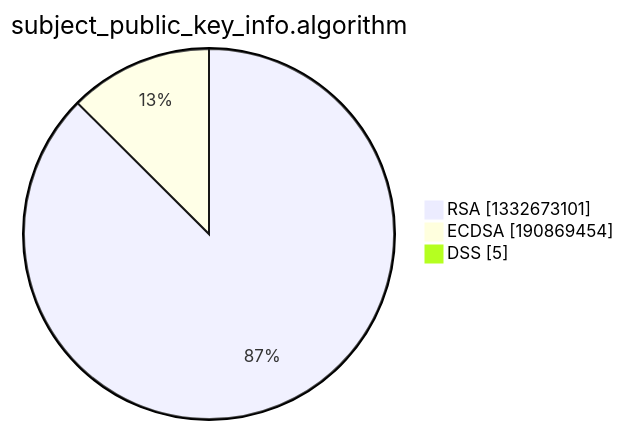
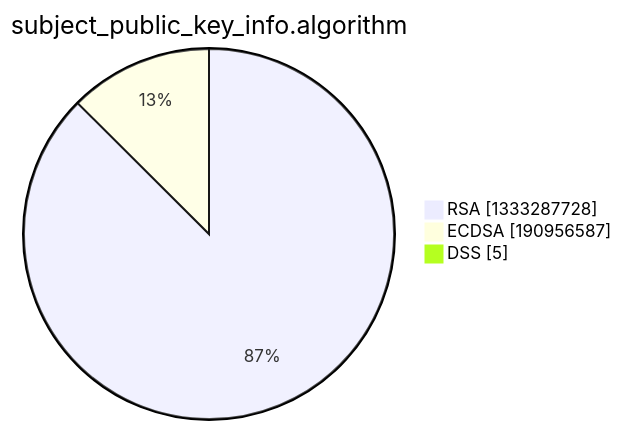
Before and after one commit to christiankrug/ctmonitor_visualization: the third of 15 diagrams in xenon2022/README.md, drawn with Mermaid. The commit also changed other lines of this file, not shown here.

````diff
--- a/xenon2022/README.md
+++ b/xenon2022/README.md
@@ -14,7 +14,7 @@
 ```mermaid
 pie showData
 title subject_public_key_info.algorithm
-"RSA" :1332673101
-"ECDSA" :190869454
+"RSA" :1333287728
+"ECDSA" :190956587
 "DSS" :5
 ```
````
